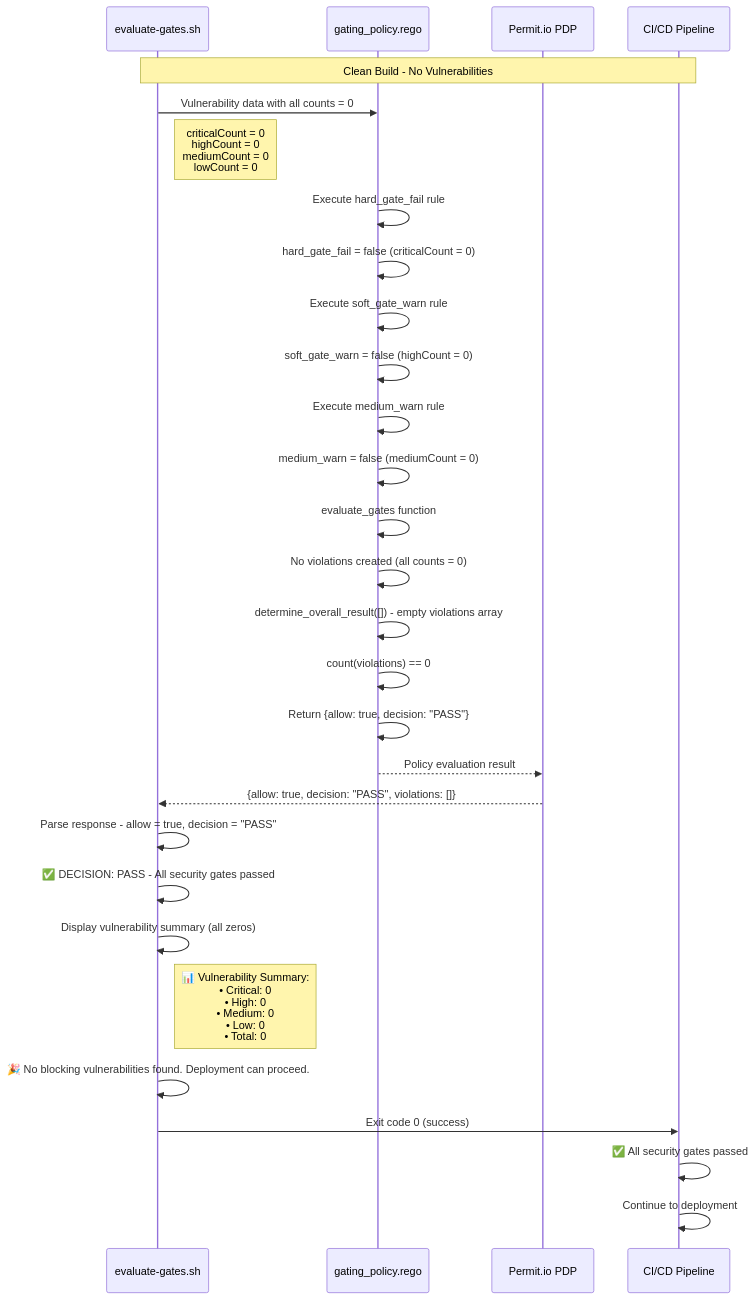
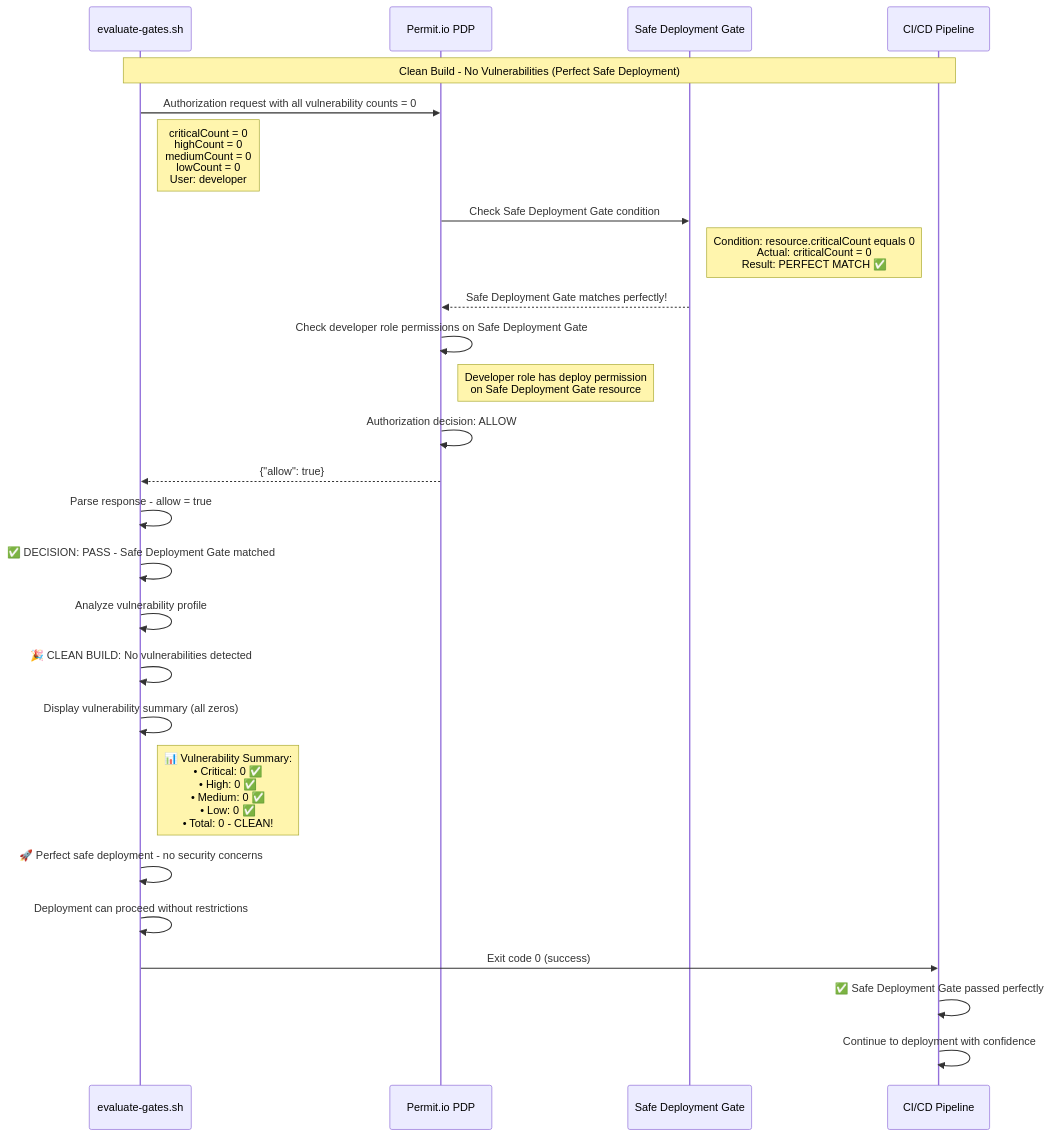
The sixth of 7 diagrams in permit-gating/docs/diagrams/gate-decision-matrix.md (AndreaRamirez17/POC_bckup), drawn with Mermaid before and after one commit. The commit also changed other lines of this file and 11 other files, not shown here.

First line of the commit message:
Implement Safe Deployment Gate with dynamic role assignment and optimized architecture

````diff
--- a/permit-gating/docs/diagrams/gate-decision-matrix.md
+++ b/permit-gating/docs/diagrams/gate-decision-matrix.md
@@ -238,42 +227,36 @@
 ```mermaid
 sequenceDiagram
     participant Script as evaluate-gates.sh
-    participant Policy as gating_policy.rego
     participant PDP as Permit.io PDP
+    participant ResourceSet as Safe Deployment Gate
     participant Pipeline as CI/CD Pipeline
 
-    Note over Script, Pipeline: Clean Build - No Vulnerabilities
+    Note over Script, Pipeline: Clean Build - No Vulnerabilities (Perfect Safe Deployment)
 
-    Script->>Policy: Vulnerability data with all counts = 0
-    Note right of Script: criticalCount = 0<br/>highCount = 0<br/>mediumCount = 0<br/>lowCount = 0
+    Script->>PDP: Authorization request with all vulnerability counts = 0
+    Note right of Script: criticalCount = 0<br/>highCount = 0<br/>mediumCount = 0<br/>lowCount = 0<br/>User: developer
 
-    Policy->>Policy: Execute hard_gate_fail rule
-    Policy->>Policy: hard_gate_fail = false (criticalCount = 0)
+    PDP->>ResourceSet: Check Safe Deployment Gate condition
+    Note right of ResourceSet: Condition: resource.criticalCount equals 0<br/>Actual: criticalCount = 0<br/>Result: PERFECT MATCH ✅
 
-    Policy->>Policy: Execute soft_gate_warn rule
-    Policy->>Policy: soft_gate_warn = false (highCount = 0)
+    ResourceSet-->>PDP: Safe Deployment Gate matches perfectly!
+    PDP->>PDP: Check developer role permissions on Safe Deployment Gate
+    Note right of PDP: Developer role has deploy permission<br/>on Safe Deployment Gate resource
 
-    Policy->>Policy: Execute medium_warn rule
-    Policy->>Policy: medium_warn = false (mediumCount = 0)
+    PDP->>PDP: Authorization decision: ALLOW
+    PDP-->>Script: {"allow": true}
 
-    Policy->>Policy: evaluate_gates function
-    Policy->>Policy: No violations created (all counts = 0)
-    Policy->>Policy: determine_overall_result([]) - empty violations array
+    Script->>Script: Parse response - allow = true
+    Script->>Script: ✅ DECISION: PASS - Safe Deployment Gate matched
+    Script->>Script: Analyze vulnerability profile
+    Script->>Script: 🎉 CLEAN BUILD: No vulnerabilities detected
+    Script->>Script: Display vulnerability summary (all zeros)
+    Note right of Script: 📊 Vulnerability Summary:<br/>  • Critical: 0 ✅<br/>  • High: 0 ✅<br/>  • Medium: 0 ✅<br/>  • Low: 0 ✅<br/>  • Total: 0 - CLEAN!
 
-    Policy->>Policy: count(violations) == 0
-    Policy->>Policy: Return {allow: true, decision: "PASS"}
-
-    Policy-->>PDP: Policy evaluation result
-    PDP-->>Script: {allow: true, decision: "PASS", violations: []}
-
-    Script->>Script: Parse response - allow = true, decision = "PASS"
-    Script->>Script: ✅ DECISION: PASS - All security gates passed
-    Script->>Script: Display vulnerability summary (all zeros)
-    Note right of Script: 📊 Vulnerability Summary:<br/>  • Critical: 0<br/>  • High: 0<br/>  • Medium: 0<br/>  • Low: 0<br/>  • Total: 0
-
-    Script->>Script: 🎉 No blocking vulnerabilities found. Deployment can proceed.
+    Script->>Script: 🚀 Perfect safe deployment - no security concerns
+    Script->>Script: Deployment can proceed without restrictions
 
     Script->>Pipeline: Exit code 0 (success)
-    Pipeline->>Pipeline: ✅ All security gates passed
-    Pipeline->>Pipeline: Continue to deployment
+    Pipeline->>Pipeline: ✅ Safe Deployment Gate passed perfectly
+    Pipeline->>Pipeline: Continue to deployment with confidence
 ```
````
